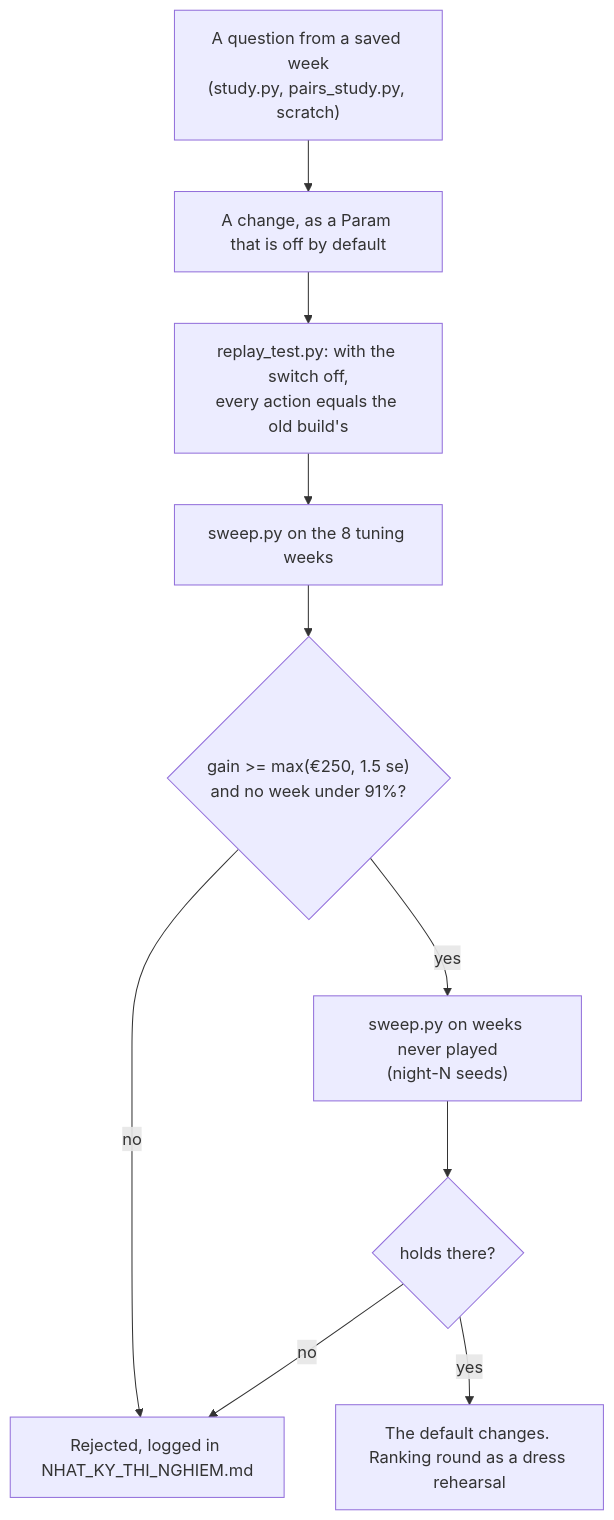
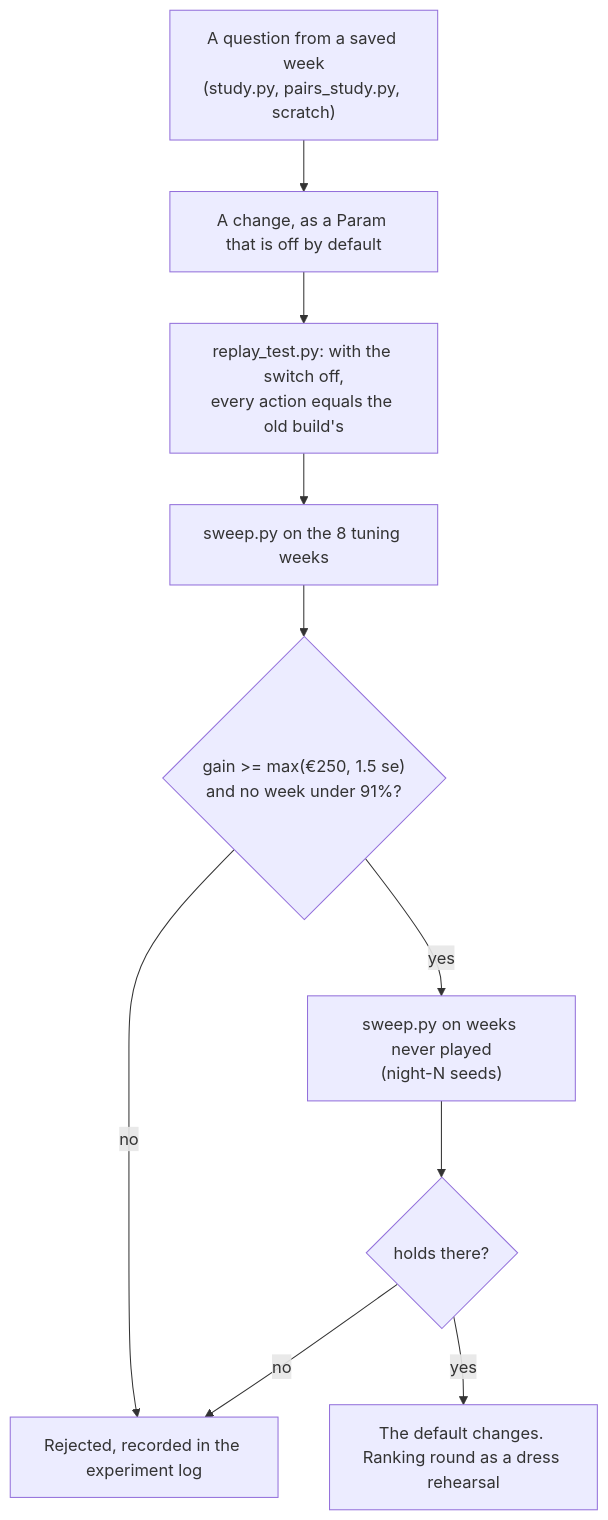
Before and after one commit to tvh-ds/MathNet---Spread-Challenge---Junction-2026: the third of 3 diagrams in docs/architecture/ARCHITECTURE_v1.md, drawn with Mermaid. The commit also changed other lines of this file and 24 other files, not shown here.

````diff
--- a/docs/architecture/ARCHITECTURE_v1.md
+++ b/docs/architecture/ARCHITECTURE_v1.md
@@ -139,12 +139,12 @@
 ```mermaid
 flowchart TD
   Q["A question from a saved week<br/>(study.py, pairs_study.py, scratch)"] --> C["A change, as a Param that is off by default"]
   C --> R["replay_test.py: with the switch off,<br/>every action equals the old build's"]
   R --> S8["sweep.py on the 8 tuning weeks"]
   S8 --> Rule{"gain >= max(€250, 1.5 se)<br/>and no week under 91%?"}
-  Rule -- no --> X["Rejected, logged in NHAT_KY_THI_NGHIEM.md"]
+  Rule -- no --> X["Rejected, recorded in the experiment log"]
   Rule -- yes --> NW["sweep.py on weeks never played<br/>(night-N seeds)"]
   NW --> Rule2{"holds there?"}
   Rule2 -- no --> X
   Rule2 -- yes --> D["The default changes. Ranking round as a dress rehearsal"]
 ```
````
